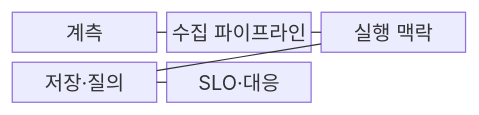
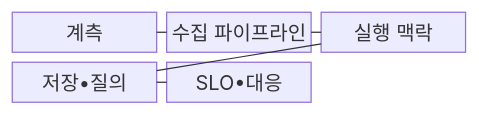
One commit to agnusdei1207/knowledge-base changed the first of 2 diagrams in src/content/docs/notes/08-latest-tech/169_cloud_native_observability.md. Above: the diagram before and after it, drawn with Mermaid. The commit also changed other lines of this file and 953 other files, not shown here.

````diff
--- a/src/content/docs/notes/08-latest-tech/169_cloud_native_observability.md
+++ b/src/content/docs/notes/08-latest-tech/169_cloud_native_observability.md
@@ -67,13 +67,13 @@
 ```mermaid
 block-beta
   columns 3
   A["계측"]
   B["수집 파이프라인"]
   C["실행 맥락"]
-  D["저장·질의"]
-  E["SLO·대응"]
+  D["저장•질의"]
+  E["SLO•대응"]
   A --- B
   B --- C
   C --- D
   D --- E
 ```
````
